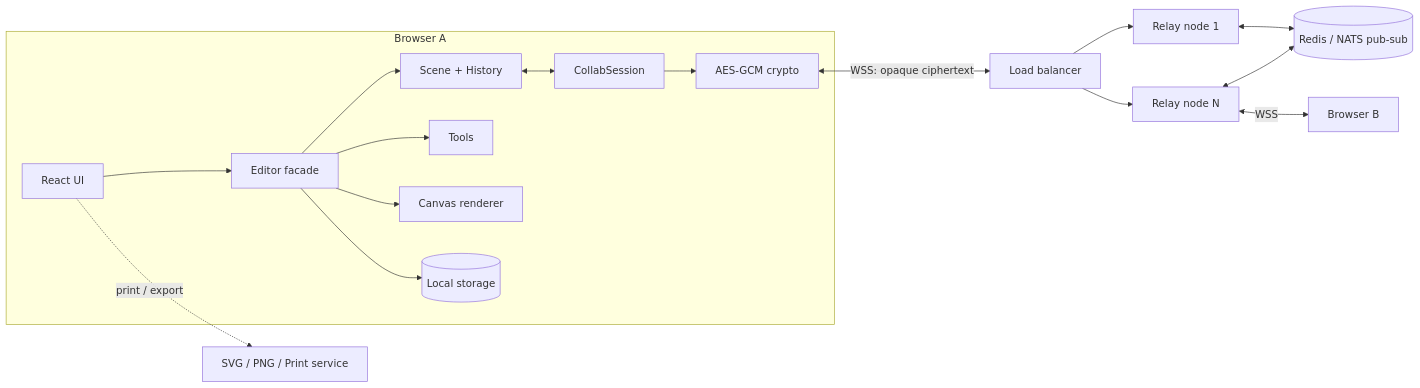
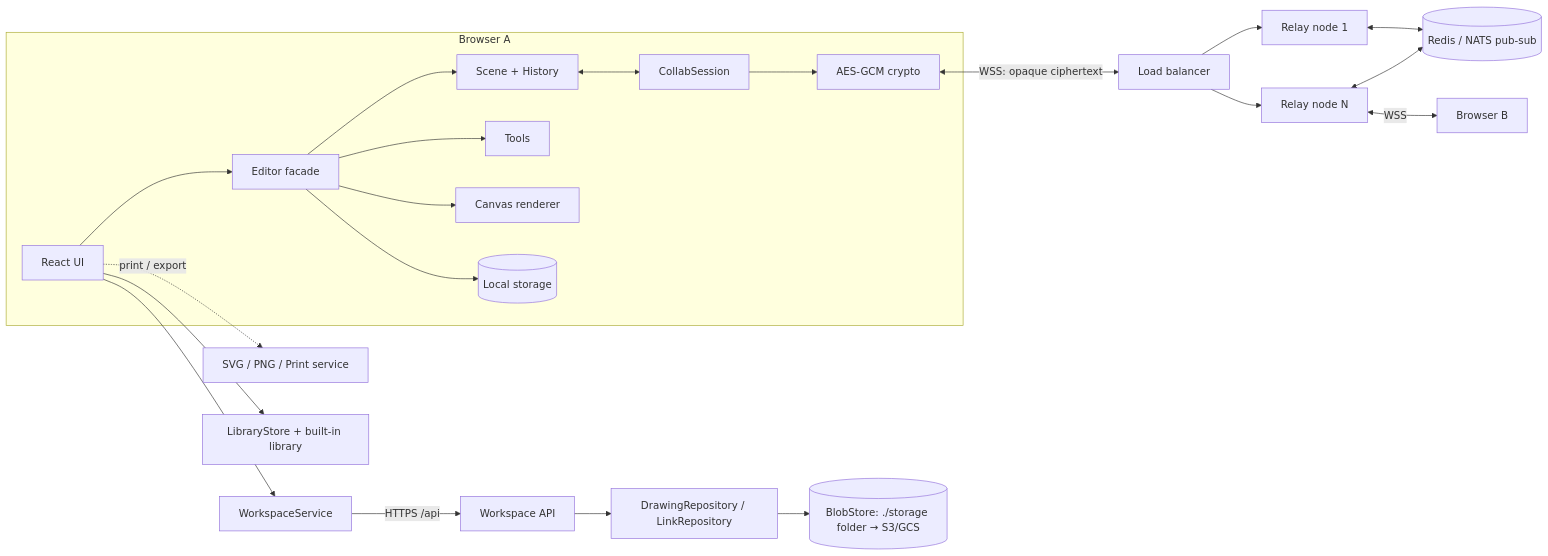
The first of 4 diagrams in docs/ARCHITECTURE.md (arpangroup/sketchboard), drawn with Mermaid before and after one commit. The commit also changed other lines of this file and 6 other files, not shown here.

````diff
--- a/docs/ARCHITECTURE.md
+++ b/docs/ARCHITECTURE.md
@@ -29,19 +29,24 @@
 ```mermaid
 flowchart LR
   subgraph Browser A
     UI[React UI] --> ED[Editor facade]
     ED --> SC[Scene + History]
     ED --> TL[Tools]
     ED --> RD[Canvas renderer]
     ED --> ST[(Local storage)]
     SC <--> CS[CollabSession]
     CS --> CR[AES-GCM crypto]
   end
   CR <-- "WSS: opaque ciphertext" --> LB[Load balancer]
   LB --> R1[Relay node 1]
   LB --> R2[Relay node N]
   R1 <--> PS[(Redis / NATS pub-sub)]
   R2 <--> PS
   R2 <-- WSS --> B[Browser B]
   UI -. print / export .-> EX[SVG / PNG / Print service]
+  UI --> WS[WorkspaceService]
+  WS -- "HTTPS /api" --> API[Workspace API]
+  API --> REPO[DrawingRepository / LinkRepository]
+  REPO --> BS[(BlobStore: ./storage folder → S3/GCS)]
+  UI --> LIB[LibraryStore + built-in library]
 ```
````
